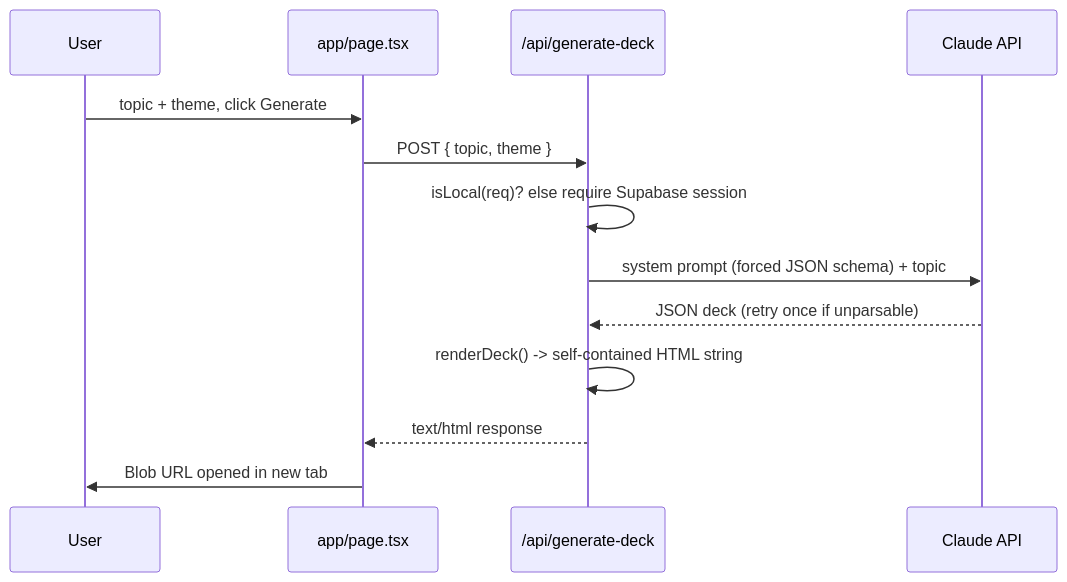
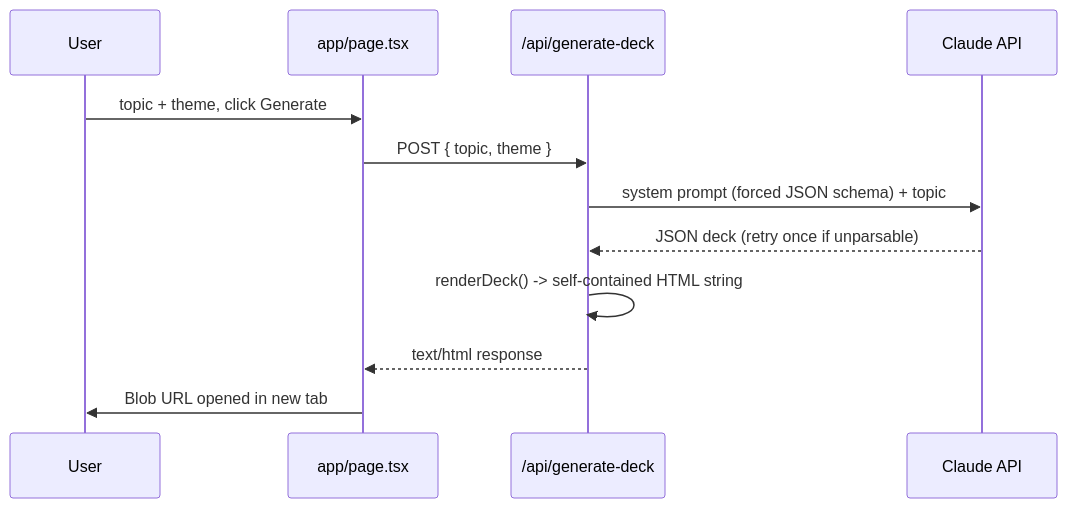
The diagram in README.md (bunlongheng/decks), drawn with Mermaid before and after one commit. The commit also changed other lines of this file and 14 other files, not shown here.

Commit message:
Remove Supabase: strip auth layer, run local/open

````diff
--- a/README.md
+++ b/README.md
@@ -36,15 +36,14 @@
 ```mermaid
 sequenceDiagram
     participant U as User
     participant UI as app/page.tsx
     participant API as /api/generate-deck
     participant C as Claude API
     U->>UI: topic + theme, click Generate
     UI->>API: POST { topic, theme }
-    API->>API: isLocal(req)? else require Supabase session
     API->>C: system prompt (forced JSON schema) + topic
     C-->>API: JSON deck (retry once if unparsable)
     API->>API: renderDeck() -> self-contained HTML string
     API-->>UI: text/html response
     UI->>U: Blob URL opened in new tab
 ```
````
